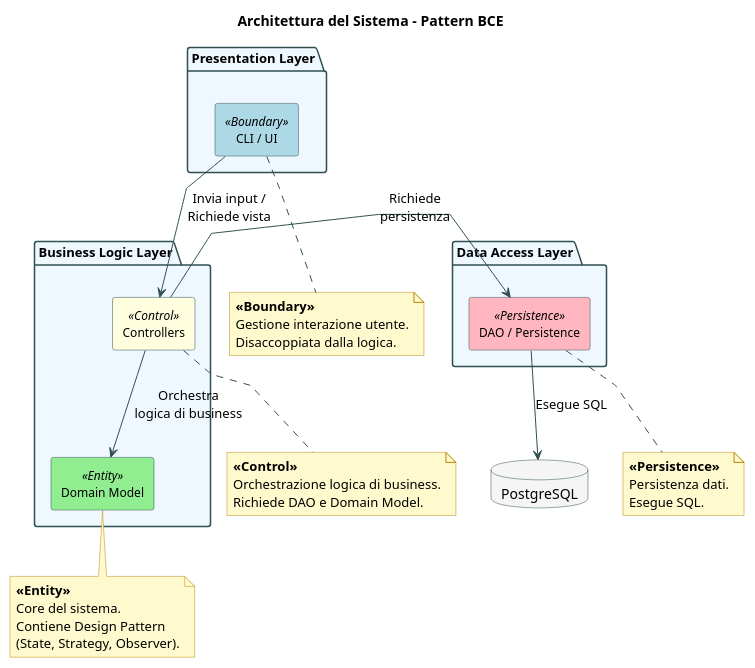
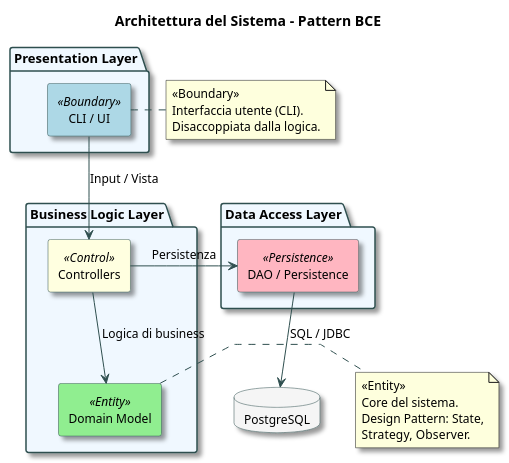
Before and after one commit to Adrycasta04/EscapeManager: the diagram in docs/UML/component_diagram.puml, drawn with PlantUML. The commit also changed 23 other files, not shown here.

Commit message:
feat: Add initial UML design diagrams and LaTeX project documentation.

```diff
--- a/docs/UML/component_diagram.puml
+++ b/docs/UML/component_diagram.puml
@@ -1,82 +1,66 @@
 @startuml component_diagram
 skinparam componentStyle rectangle
+skinparam shadowing true
+skinparam defaultFontSize 12
 skinparam linetype polyline
 
-' Definizione colori per stereotipi BCE
 skinparam component {
     BackgroundColor<<Boundary>> LightBlue
     BackgroundColor<<Control>> LightYellow
     BackgroundColor<<Entity>> LightGreen
     BackgroundColor<<Persistence>> LightPink
     BorderColor DarkSlateGray
     ArrowColor DarkSlateGray
     FontSize 12
 }
 
 skinparam database {
     BackgroundColor WhiteSmoke
     BorderColor DarkSlateGray
 }
 
 skinparam package {
     BorderColor DarkSlateGray
     BackgroundColor AliceBlue
     FontSize 13
     FontStyle bold
 }
 
-skinparam note {
-    BackgroundColor LemonChiffon
-    BorderColor DarkGoldenRod
-}
-
 title Architettura del Sistema - Pattern BCE
 
 package "Presentation Layer" {
     component "CLI / UI" as CLI <<Boundary>>
 }
 
 package "Business Logic Layer" {
     component "Controllers" as CTRL <<Control>>
     component "Domain Model" as DOM <<Entity>>
 }
 
 package "Data Access Layer" {
     component "DAO / Persistence" as DAO <<Persistence>>
 }
 
 database "PostgreSQL" as DB
 
 ' Flusso di dipendenze unidirezionale
-CLI -down-> CTRL : "Invia input /\nRichiede vista"
-CTRL -down-> DOM : "Orchestra\nlogica di business"
-CTRL -right-> DAO : "Richiede\npersistenza"
-DAO -down-> DB : "Esegue SQL"
+CLI -down-> CTRL : "Input / Vista"
+CTRL -down-> DOM : "Logica di business"
+CTRL -right-> DAO : "Persistenza"
+DAO -down-> DB : "SQL / JDBC"
 
-' Annotazioni esplicative posizionate sotto
-note bottom of CLI
-    **«Boundary»**
-    Gestione interazione utente.
+' Annotazioni sintetiche
+note right of CLI
+    <<Boundary>>
+    Interfaccia utente (CLI).
     Disaccoppiata dalla logica.
 end note
 
-note bottom of CTRL
-    **«Control»**
-    Orchestrazione logica di business.
-    Richiede DAO e Domain Model.
-end note
-
-note bottom of DOM
-    **«Entity»**
+note right of DOM
+    <<Entity>>
     Core del sistema.
-    Contiene Design Pattern
-    (State, Strategy, Observer).
-end note
-
-note bottom of DAO
-    **«Persistence»**
-    Persistenza dati.
-    Esegue SQL.
+    Design Pattern: State,
+    Strategy, Observer.
 end note
 
 @enduml
```
